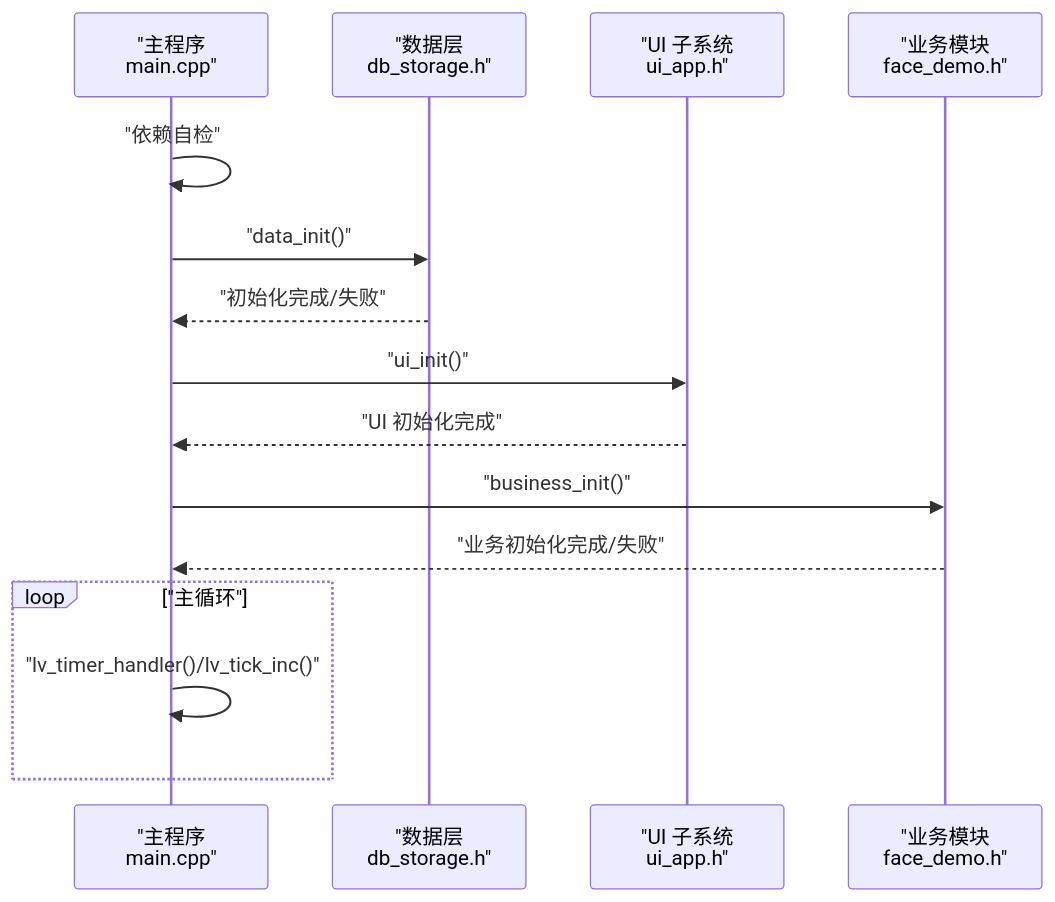
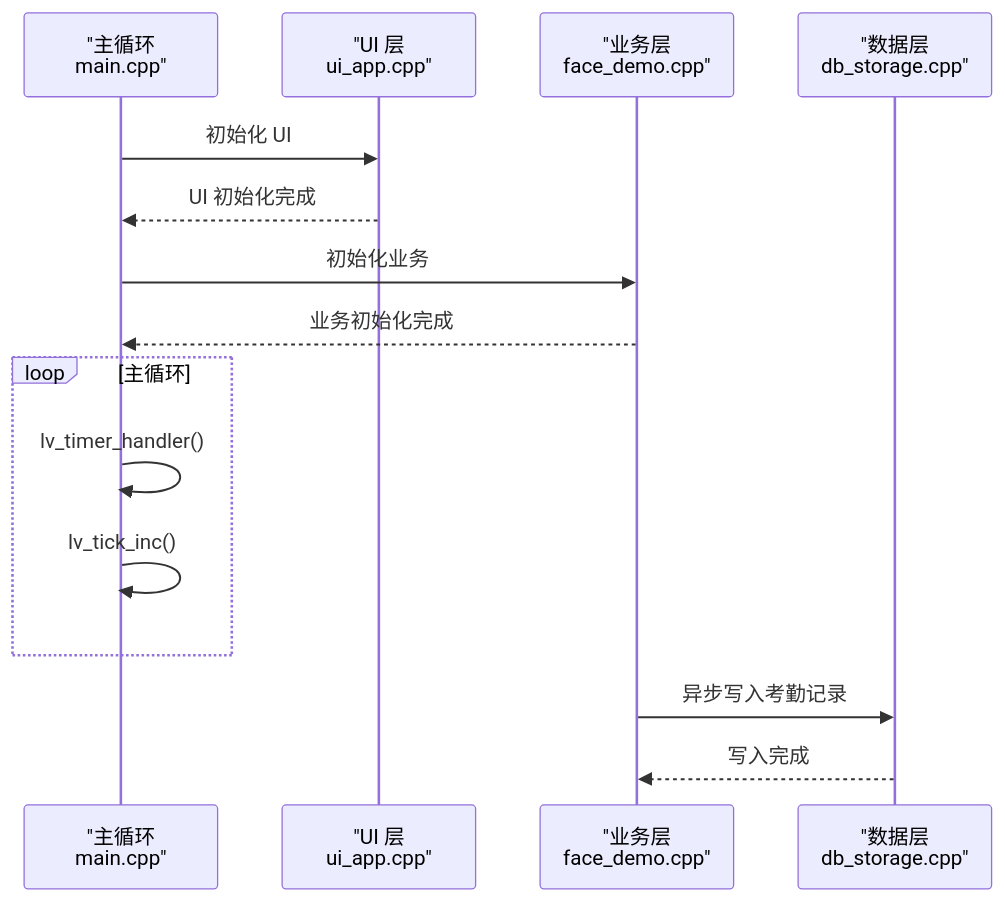
One commit to Drunk552/SmartAttendance changed the second of 5 diagrams in .qoder/repowiki/zh/content/快速开始.md. Above: the diagram before and after it, drawn with Mermaid. The commit also changed other lines of this file and 119 other files, not shown here.

````diff
--- a/.qoder/repowiki/zh/content/快速开始.md
+++ b/.qoder/repowiki/zh/content/快速开始.md
@@ -84,17 +87,17 @@
 ```mermaid
 sequenceDiagram
-participant Main as "主程序<br/>main.cpp"
-participant Data as "数据层<br/>db_storage.h"
-participant UI as "UI 子系统<br/>ui_app.h"
-participant Bus as "业务模块<br/>face_demo.h"
-Main->>Main : "依赖自检"
-Main->>Data : "data_init()"
-Data-->>Main : "初始化完成/失败"
-Main->>UI : "ui_init()"
-UI-->>Main : "UI 初始化完成"
-Main->>Bus : "business_init()"
-Bus-->>Main : "业务初始化完成/失败"
-loop "主循环"
-Main->>Main : "lv_timer_handler()/lv_tick_inc()"
+participant Main as "主循环<br/>main.cpp"
+participant UI as "UI 层<br/>ui_app.cpp"
+participant Biz as "业务层<br/>face_demo.cpp"
+participant DB as "数据层<br/>db_storage.cpp"
+Main->>UI : 初始化 UI
+UI-->>Main : UI 初始化完成
+Main->>Biz : 初始化业务
+Biz-->>Main : 业务初始化完成
+loop 主循环
+Main->>Main : lv_timer_handler()
+Main->>Main : lv_tick_inc()
 end
+Biz->>DB : 异步写入考勤记录
+DB-->>Biz : 写入完成
 ```
````
